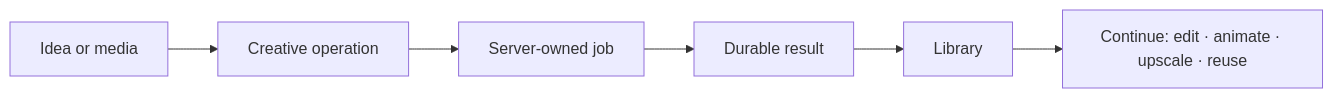
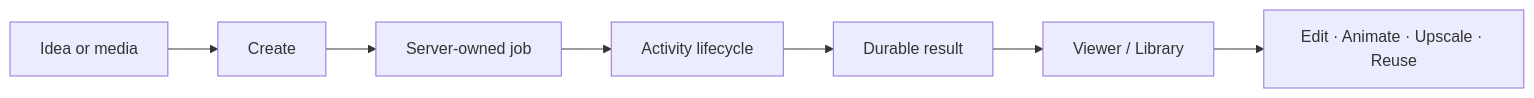
The first of 2 diagrams in README.md (faresmohamed260/renderlab), drawn with Mermaid before and after one commit. The commit also changed other lines of this file and 1 other file, not shown here.

```diff
--- a/README.md
+++ b/README.md
@@ -77,8 +100,9 @@
 ~~~mermaid
 flowchart LR
-    A["Idea or media"] --> B["Creative operation"]
+    A["Idea or media"] --> B["Create"]
     B --> C["Server-owned job"]
-    C --> D["Durable result"]
-    D --> E["Library"]
-    E --> F["Continue: edit · animate · upscale · reuse"]
+    C --> D["Activity lifecycle"]
+    D --> E["Durable result"]
+    E --> F["Viewer / Library"]
+    F --> G["Edit · Animate · Upscale · Reuse"]
 ~~~
```
